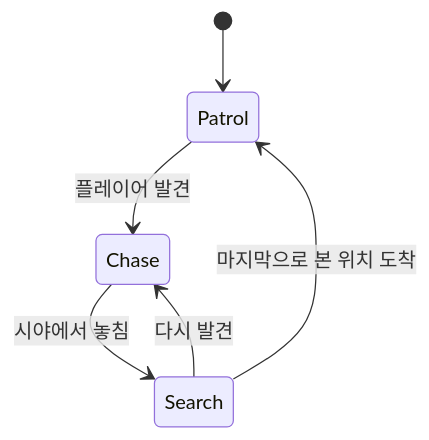
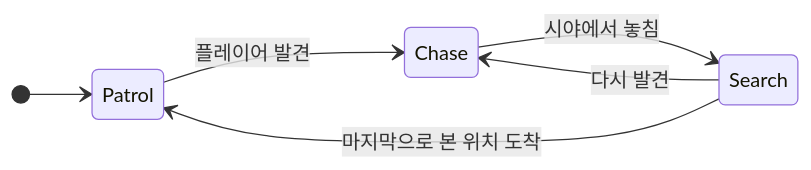
The diagram in README.md (chilly8874/Unity-Enemy-AI), drawn with Mermaid before and after one commit. The commit also changed other lines of this file, not shown here.

````diff
--- a/README.md
+++ b/README.md
@@ -24,8 +24,9 @@
 ```mermaid
 stateDiagram-v2
+direction LR
     [*] --> Patrol
     Patrol --> Chase : 플레이어 발견
     Chase --> Search : 시야에서 놓침
     Search --> Chase : 다시 발견
     Search --> Patrol : 마지막으로 본 위치 도착
 ```
````
